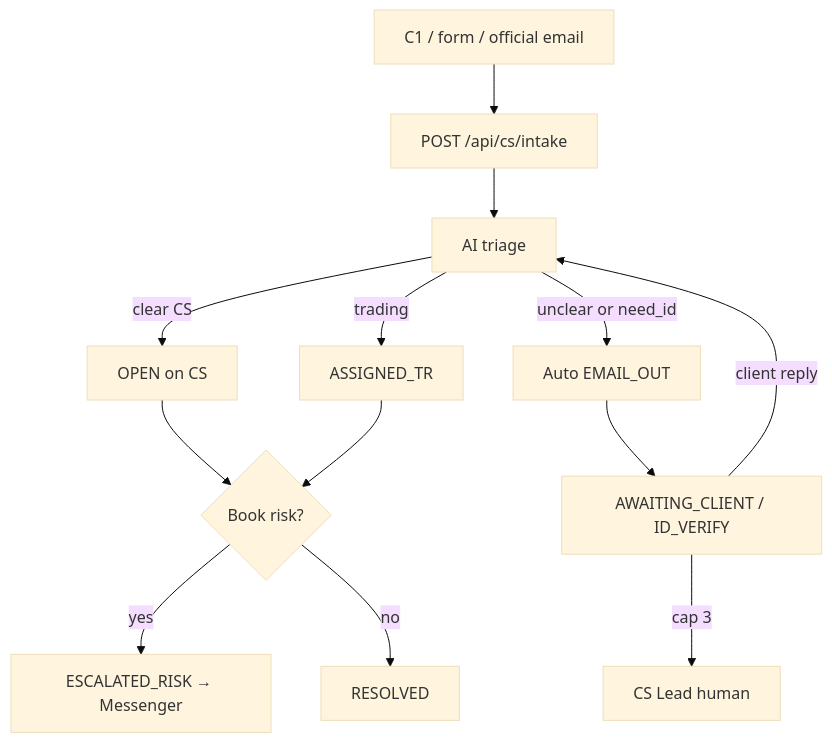
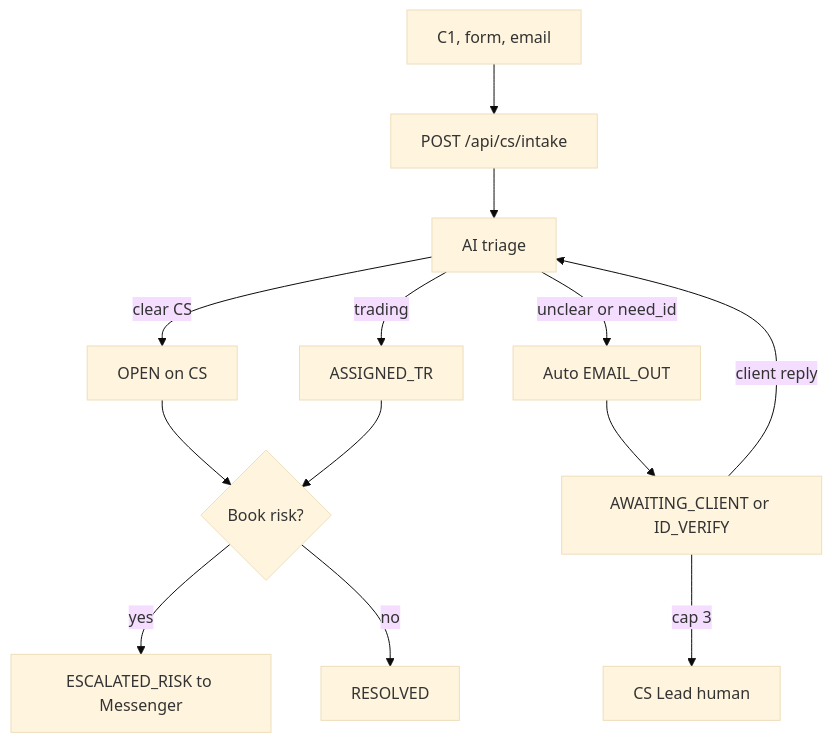
One commit to hxyan2020/PRD changed the seventh of 7 diagrams in platform/docs/TSD.md. Above: the diagram before and after it, drawn with Mermaid (base theme). The commit also changed 2 other files, not shown here.

Commit message:
Re-triage on the latest client reply so a clear answer leaves WAITING.
Shorten the TSD §17 English mermaid labels so the first edge renders, and stop keeping the original “help me ???” subject after the client replies.

````diff
--- a/platform/docs/TSD.md
+++ b/platform/docs/TSD.md
@@ -724,15 +724,15 @@
 ```mermaid
 graph TD
-  In[C1 / form / official email] --> API[POST /api/cs/intake]
+  In[C1, form, email] --> API[POST /api/cs/intake]
   API --> Triage[AI triage]
   Triage -->|clear CS| Open[OPEN on CS]
   Triage -->|trading| TR[ASSIGNED_TR]
   Triage -->|unclear or need_id| Mail[Auto EMAIL_OUT]
-  Mail --> Wait[AWAITING_CLIENT / ID_VERIFY]
+  Mail --> Wait[AWAITING_CLIENT or ID_VERIFY]
   Wait -->|client reply| Triage
   Wait -->|cap 3| Lead[CS Lead human]
   Open --> Risk{Book risk?}
   TR --> Risk
-  Risk -->|yes| Esc[ESCALATED_RISK → Messenger]
+  Risk -->|yes| Esc[ESCALATED_RISK to Messenger]
   Risk -->|no| Done[RESOLVED]
 ```
````
